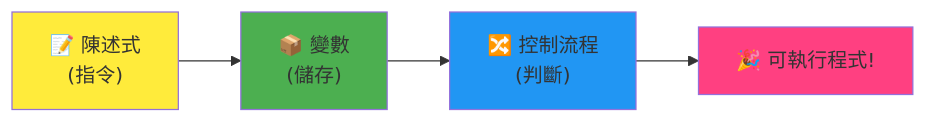
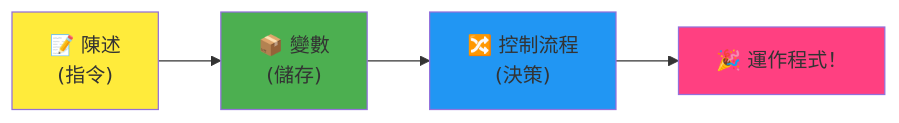
One commit to microsoft/Web-Dev-For-Beginners changed the fourth of 7 diagrams in translations/zh-TW/1-getting-started-lessons/1-intro-to-programming-languages/README.md. Above: the diagram before and after it, drawn with Mermaid. The commit also changed other lines of this file and 11 other files, not shown here.

````diff
--- a/translations/zh-TW/1-getting-started-lessons/1-intro-to-programming-languages/README.md
+++ b/translations/zh-TW/1-getting-started-lessons/1-intro-to-programming-languages/README.md
@@ -467,9 +466,9 @@
 ```mermaid
 flowchart LR
-    A["📝 陳述式<br/>(指令)"] --> B["📦 變數<br/>(儲存)"] --> C["🔀 控制流程<br/>(判斷)"] --> D["🎉 可執行程式!"]
+    A["📝 陳述<br/>(指令)"] --> B["📦 變數<br/>(儲存)"] --> C["🔀 控制流程<br/>(決策)"] --> D["🎉 運作程式！"]
     
     style A fill:#ffeb3b
     style B fill:#4caf50
     style C fill:#2196f3
     style D fill:#ff4081
 ```
````
